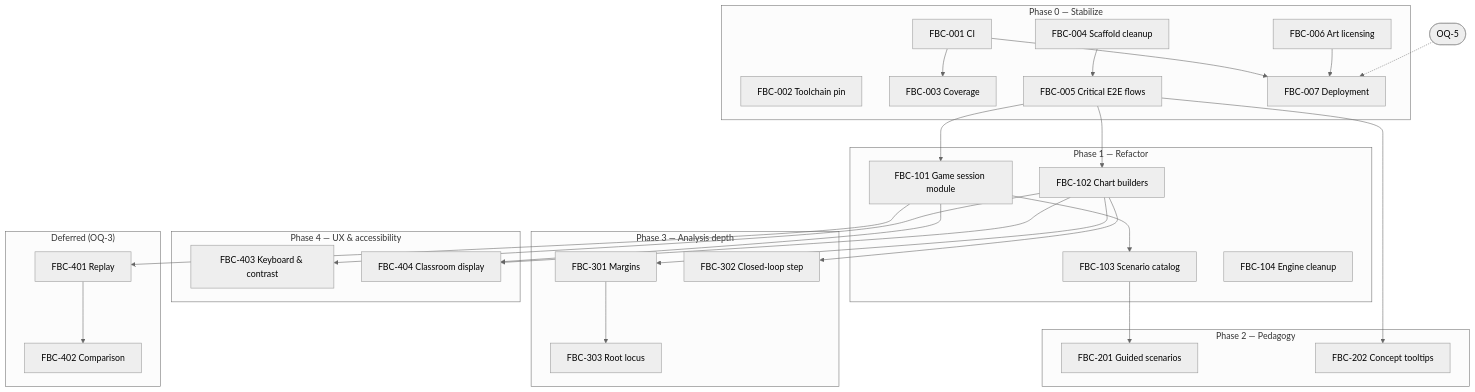
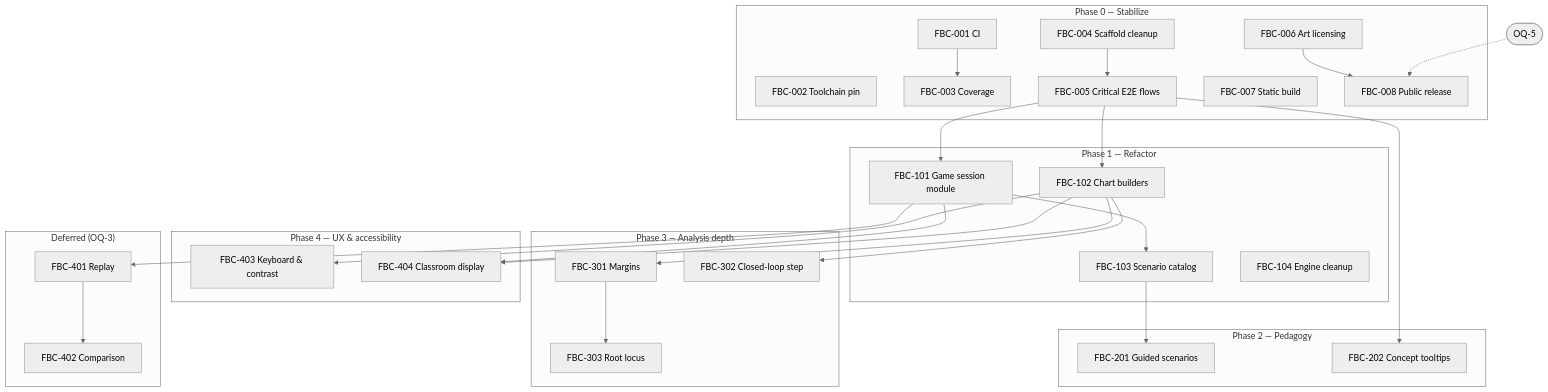
Before and after one commit to rogols/FlappyBirdControl: the diagram in docs/improvement-plan.md, drawn with Mermaid (neutral theme). The commit also changed other lines of this file and 1 other file, not shown here.

First line of the commit message:
docs(agents): revise OQ-1 — no hosted deploy; students serve static build locally

````diff
--- a/docs/improvement-plan.md
+++ b/docs/improvement-plan.md
@@ -380,54 +403,54 @@
 ```mermaid
 graph TD
     subgraph P0["Phase 0 — Stabilize"]
         FBC001[FBC-001 CI]
         FBC002[FBC-002 Toolchain pin]
         FBC003[FBC-003 Coverage]
         FBC004[FBC-004 Scaffold cleanup]
         FBC005[FBC-005 Critical E2E flows]
         FBC006[FBC-006 Art licensing]
-        FBC007[FBC-007 Deployment]
+        FBC007[FBC-007 Static build]
+        FBC008[FBC-008 Public release]
     end
     subgraph P1["Phase 1 — Refactor"]
         FBC101[FBC-101 Game session module]
         FBC102[FBC-102 Chart builders]
         FBC103[FBC-103 Scenario catalog]
         FBC104[FBC-104 Engine cleanup]
     end
     subgraph P2["Phase 2 — Pedagogy"]
         FBC201[FBC-201 Guided scenarios]
         FBC202[FBC-202 Concept tooltips]
     end
     subgraph P3["Phase 3 — Analysis depth"]
         FBC301[FBC-301 Margins]
         FBC302[FBC-302 Closed-loop step]
         FBC303[FBC-303 Root locus]
     end
     subgraph P4["Phase 4 — UX & accessibility"]
         FBC403[FBC-403 Keyboard & contrast]
         FBC404[FBC-404 Classroom display]
     end
     subgraph DEF["Deferred (OQ-3)"]
         FBC401[FBC-401 Replay]
         FBC402[FBC-402 Comparison]
     end
 
     FBC001 --> FBC003
     FBC004 --> FBC005
-    FBC001 --> FBC007
-    FBC006 --> FBC007
-    OQ5([OQ-5]) -.-> FBC007
+    FBC006 --> FBC008
+    OQ5([OQ-5]) -.-> FBC008
     FBC005 --> FBC101
     FBC005 --> FBC102
     FBC005 --> FBC202
     FBC101 --> FBC103
     FBC103 --> FBC201
     FBC102 --> FBC301
     FBC102 --> FBC302
     FBC301 --> FBC303
     FBC102 --> FBC403
     FBC101 --> FBC404
     FBC102 --> FBC404
     FBC101 --> FBC401
     FBC401 --> FBC402
 ```
````
